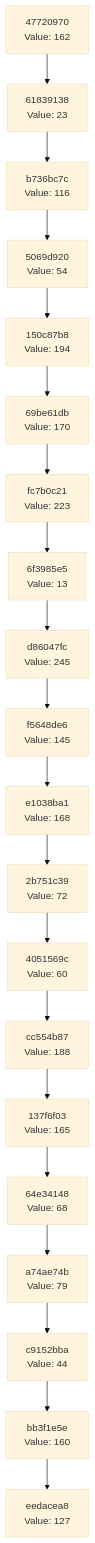
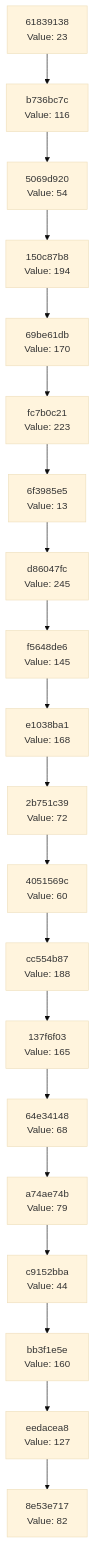
Before and after one commit to Abhisheksinha1506/hash-chain-evolver: the diagram in docs/CHAIN_VISUALIZATION.md, drawn with Mermaid (base theme). The commit also changed 3 other files, not shown here.

````diff
--- a/docs/CHAIN_VISUALIZATION.md
+++ b/docs/CHAIN_VISUALIZATION.md
@@ -3,42 +3,42 @@
 ```mermaid
 graph TD
-    C0["eedacea8<br/>Value: 127"]
-    C1["bb3f1e5e<br/>Value: 160"]
+    C0["8e53e717<br/>Value: 82"]
+    C1["eedacea8<br/>Value: 127"]
     C1 --> C0
-    C2["c9152bba<br/>Value: 44"]
+    C2["bb3f1e5e<br/>Value: 160"]
     C2 --> C1
-    C3["a74ae74b<br/>Value: 79"]
+    C3["c9152bba<br/>Value: 44"]
     C3 --> C2
-    C4["64e34148<br/>Value: 68"]
+    C4["a74ae74b<br/>Value: 79"]
     C4 --> C3
-    C5["137f6f03<br/>Value: 165"]
+    C5["64e34148<br/>Value: 68"]
     C5 --> C4
-    C6["cc554b87<br/>Value: 188"]
+    C6["137f6f03<br/>Value: 165"]
     C6 --> C5
-    C7["4051569c<br/>Value: 60"]
+    C7["cc554b87<br/>Value: 188"]
     C7 --> C6
-    C8["2b751c39<br/>Value: 72"]
+    C8["4051569c<br/>Value: 60"]
     C8 --> C7
-    C9["e1038ba1<br/>Value: 168"]
+    C9["2b751c39<br/>Value: 72"]
     C9 --> C8
-    C10["f5648de6<br/>Value: 145"]
+    C10["e1038ba1<br/>Value: 168"]
     C10 --> C9
-    C11["d86047fc<br/>Value: 245"]
+    C11["f5648de6<br/>Value: 145"]
     C11 --> C10
-    C12["6f3985e5<br/>Value: 13"]
+    C12["d86047fc<br/>Value: 245"]
     C12 --> C11
-    C13["fc7b0c21<br/>Value: 223"]
+    C13["6f3985e5<br/>Value: 13"]
     C13 --> C12
-    C14["69be61db<br/>Value: 170"]
+    C14["fc7b0c21<br/>Value: 223"]
     C14 --> C13
-    C15["150c87b8<br/>Value: 194"]
+    C15["69be61db<br/>Value: 170"]
     C15 --> C14
-    C16["5069d920<br/>Value: 54"]
+    C16["150c87b8<br/>Value: 194"]
     C16 --> C15
-    C17["b736bc7c<br/>Value: 116"]
+    C17["5069d920<br/>Value: 54"]
     C17 --> C16
-    C18["61839138<br/>Value: 23"]
+    C18["b736bc7c<br/>Value: 116"]
     C18 --> C17
-    C19["47720970<br/>Value: 162"]
+    C19["61839138<br/>Value: 23"]
     C19 --> C18
 ```
````
